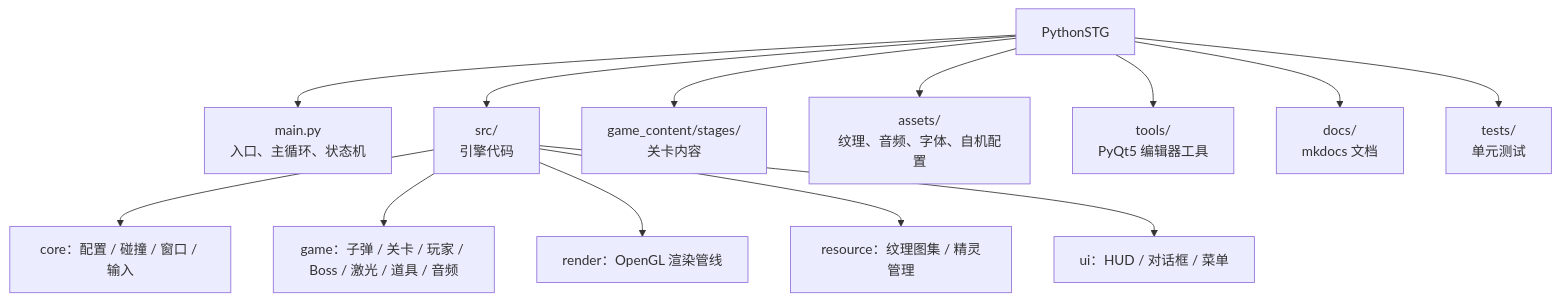
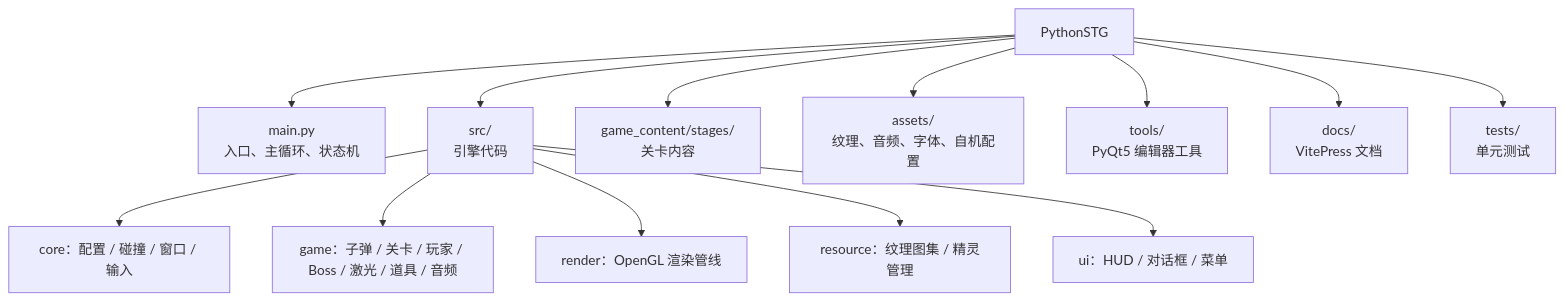
Before and after one commit to qwqpap/PythonSTG: the diagram in README.md, drawn with Mermaid. The commit also changed other lines of this file and 10 other files, not shown here.

Commit message:
Migrate docs site to VitePress

````diff
--- a/README.md
+++ b/README.md
@@ -81,25 +81,25 @@
 ```mermaid
 flowchart TB
     root["PythonSTG"]
     main["main.py<br/>入口、主循环、状态机"]
     src["src/<br/>引擎代码"]
     content["game_content/stages/<br/>关卡内容"]
     assets["assets/<br/>纹理、音频、字体、自机配置"]
     tools["tools/<br/>PyQt5 编辑器工具"]
-    docs["docs/<br/>mkdocs 文档"]
+    docs["docs/<br/>VitePress 文档"]
     tests["tests/<br/>单元测试"]
 
     root --> main
     root --> src
     root --> content
     root --> assets
     root --> tools
     root --> docs
     root --> tests
 
     src --> core["core：配置 / 碰撞 / 窗口 / 输入"]
     src --> game["game：子弹 / 关卡 / 玩家 / Boss / 激光 / 道具 / 音频"]
     src --> render["render：OpenGL 渲染管线"]
     src --> resource["resource：纹理图集 / 精灵管理"]
     src --> ui["ui：HUD / 对话框 / 菜单"]
 ```
````
